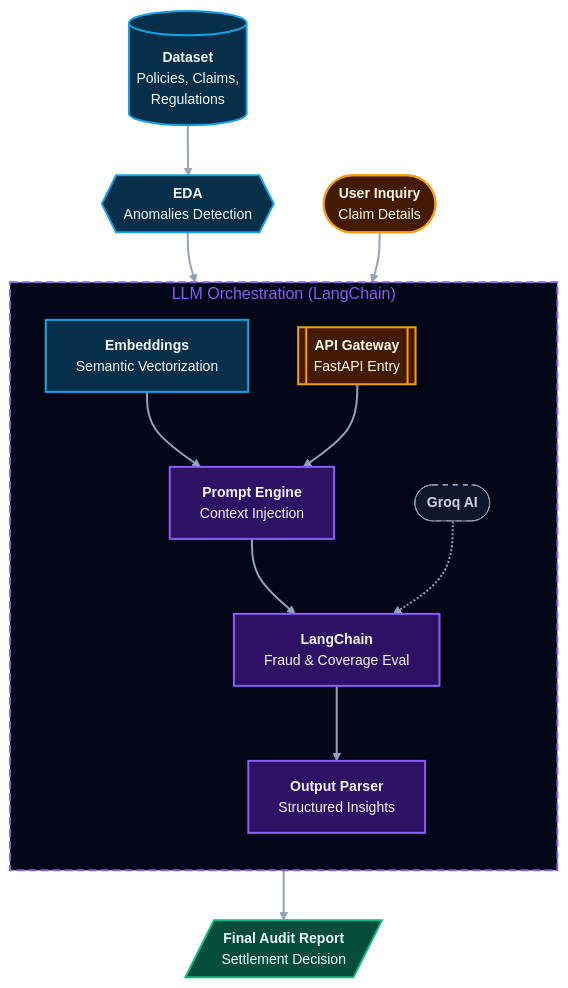
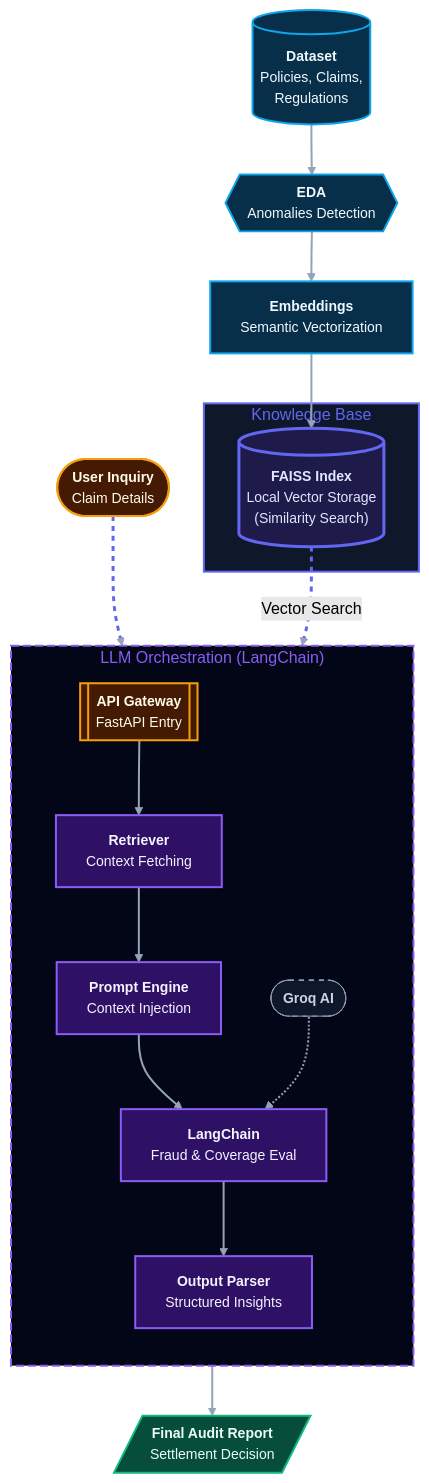
Before and after one commit to alokprasad573/PolicyOracle: the diagram in README.md, drawn with Mermaid (forest theme). The commit also changed other lines of this file and 1 other file, not shown here.

Commit message:
REadme.md modified

````diff
--- a/README.md
+++ b/README.md
@@ -16,54 +16,64 @@
 ```mermaid
 graph TD
 %% Global Settings
-accTitle: AI Insurance Claims Flow Chart
-accDescr: High-contrast colorful flow chart for dark and light backgrounds.
+accTitle: AI Insurance Claims Flow Chart with FAISS
+accDescr: Updated flow chart utilizing FAISS as the local vector database for RAG.
 
-%% Data Processing Branch
+%% Data Processing & Storage Branch
 Dataset[("<b>Dataset</b><br/>Policies, Claims,<br/>Regulations")] --> EDA
 EDA{{"<b>EDA</b><br/>Anomalies Detection"}} --> Embeddings
-Embeddings["<b>Embeddings</b><br/>Semantic Vectorization"]
+Embeddings["<b>Embeddings</b><br/>Semantic Vectorization"] --> FAISS
+
+subgraph Storage ["Knowledge Base"]
+    FAISS[("<b>FAISS Index</b><br/>Local Vector Storage<br/>(Similarity Search)")]
+end
 
 %% User Input Branch
 User_Query(["<b>User Inquiry</b><br/>Claim Details"]) --> API
 API[["<b>API Gateway</b><br/>FastAPI Entry"]]
 
 %% Main Logic Container
 subgraph Processing_Logic ["LLM Orchestration (LangChain)"]
     direction TB
-    Embeddings --> Prompt_Template
-    API --> Prompt_Template
     
+    API --> Retriever
+    FAISS -.->|Vector Search| Retriever
+    
+    Retriever["<b>Retriever</b><br/>Context Fetching"] --> Prompt_Template
     Prompt_Template["<b>Prompt Engine</b><br/>Context Injection"] --> LLM_Chain
     
     LLM_Provider(["<b>Groq AI</b>"]) -.-> LLM_Chain
     LLM_Chain["<b>LangChain</b><br/>Fraud & Coverage Eval"] --> Output_Parsing
     Output_Parsing["<b>Output Parser</b><br/>Structured Insights"]
 end
 
 %% Final Output
 Output_Parsing --> Final_Report[/<b>Final Audit Report</b><br/>Settlement Decision/]
 
 %% Styling and Aesthetics for High Visibility
 classDef default font-family:Arial,font-size:14px,stroke-width:2px;
 
-%% Specific Colors with bright strokes for dark mode compatibility
+%% Specific Colors
 classDef data fill:#082f49,stroke:#0ea5e9,stroke-width:2px,color:#f0f9ff;
+classDef vdb fill:#1e1b4b,stroke:#6366f1,stroke-width:3px,color:#e0e7ff;
 classDef input fill:#451a03,stroke:#f59e0b,stroke-width:2px,color:#fffbeb;
 classDef logic fill:#2e1065,stroke:#8b5cf6,stroke-width:2px,color:#f5f3ff;
 classDef external fill:#0f172a,stroke:#94a3b8,stroke-width:1px,stroke-dasharray: 5 5,color:#cbd5e1;
 classDef output fill:#064e3b,stroke:#10b981,stroke-width:2px,color:#ecfdf5;
 
 %% Apply Classes
 class Dataset,EDA,Embeddings data;
+class FAISS vdb;
 class User_Query,API input;
-class Prompt_Template,LLM_Chain,Output_Parsing logic;
+class Prompt_Template,LLM_Chain,Output_Parsing,Retriever logic;
 class LLM_Provider external;
 class Final_Report output;
 
 %% Subgraph and Global Arrow Styling
 style Processing_Logic fill:#020617,stroke:#8b5cf6,stroke-width:2px,stroke-dasharray: 8 4,color:#8b5cf6;
+style Storage fill:#0f172a,stroke:#6366f1,stroke-width:2px,color:#6366f1;
 
 %% Optimized arrow visibility
 linkStyle default stroke:#94a3b8,stroke-width:2px;
+linkStyle 3,5 stroke:#6366f1,stroke-width:3px,stroke-dasharray: 5 5;
 ```
````
